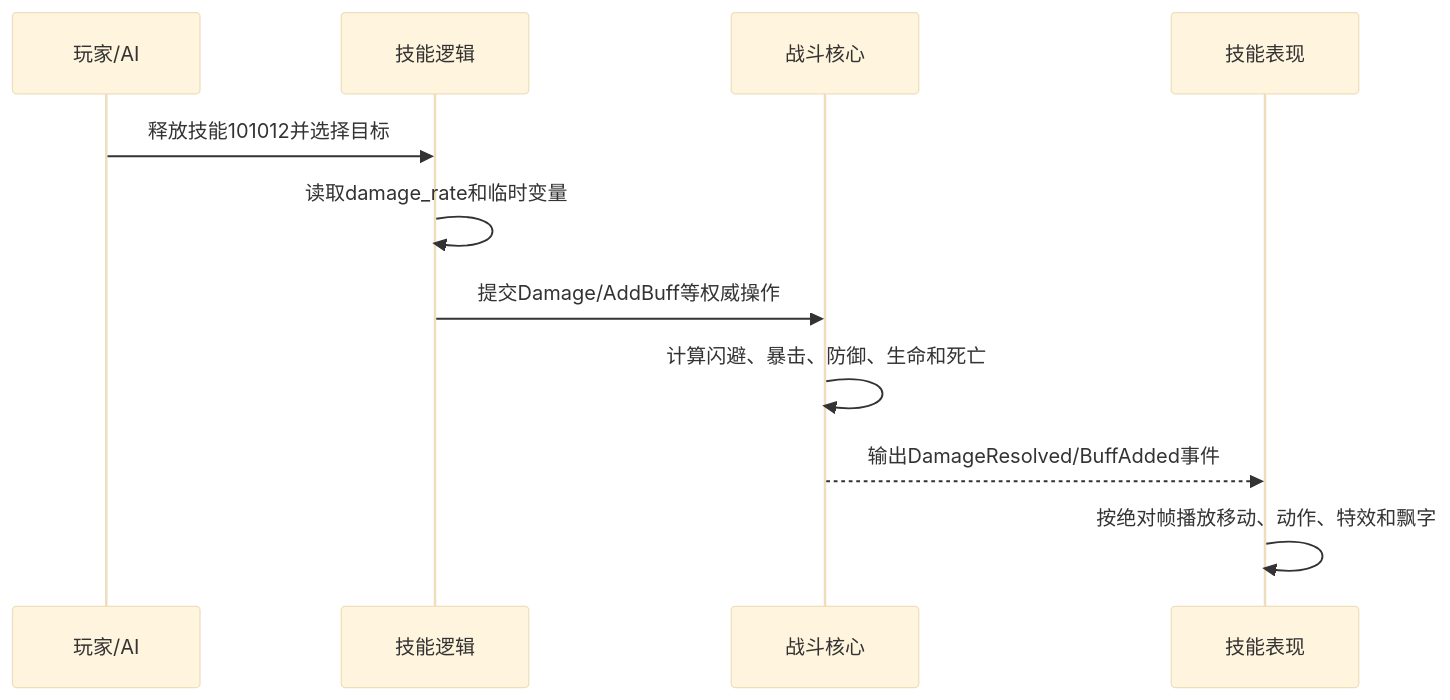
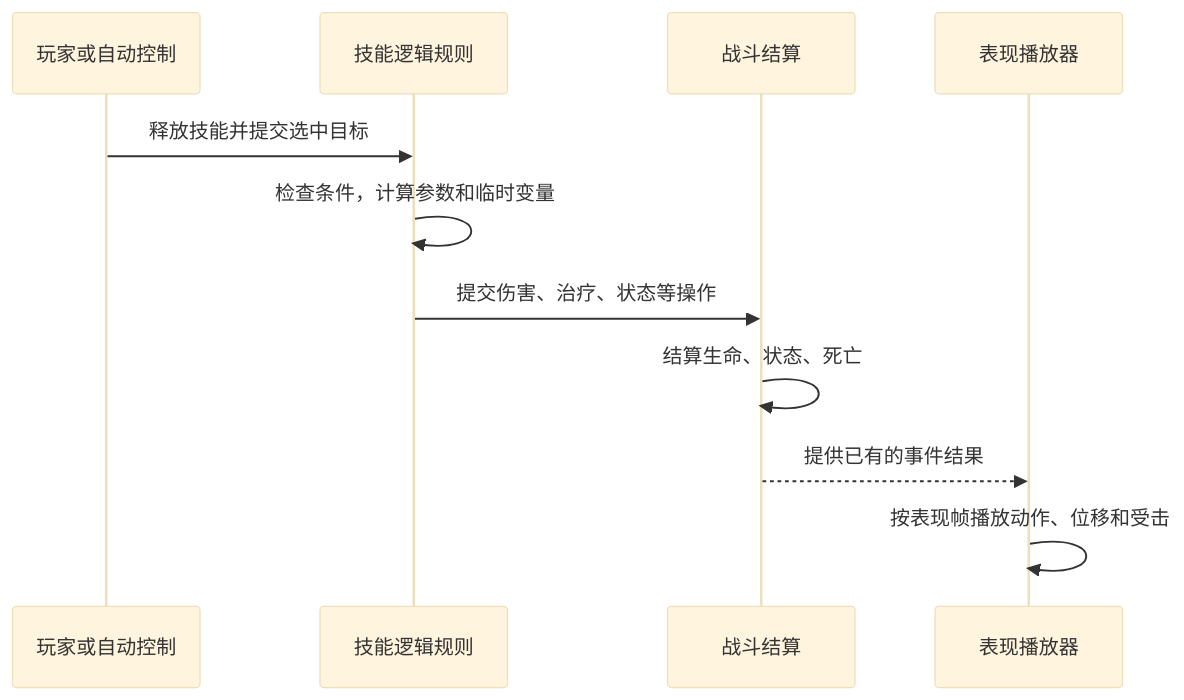
The tenth of 13 diagrams in Packages/LxyGame/LxyGame.Logic/Documentation~/TurnBasedSkillAuthoringGuide.md (liuxiuyang0926-bit/LxyProject), drawn with Mermaid (base theme) before and after one commit. The commit also changed other lines of this file and 45 other files, not shown here.

````diff
--- a/Packages/LxyGame/LxyGame.Logic/Documentation~/TurnBasedSkillAuthoringGuide.md
+++ b/Packages/LxyGame/LxyGame.Logic/Documentation~/TurnBasedSkillAuthoringGuide.md
@@ -751,13 +902,13 @@
-```mermaid
+~~~mermaid
 sequenceDiagram
-    participant P as 玩家/AI
-    participant L as 技能逻辑
-    participant B as 战斗核心
-    participant E as 技能表现
-    P->>L: 释放技能101012并选择目标
-    L->>L: 读取damage_rate和临时变量
-    L->>B: 提交Damage/AddBuff等权威操作
-    B->>B: 计算闪避、暴击、防御、生命和死亡
-    B-->>E: 输出DamageResolved/BuffAdded事件
-    E->>E: 按绝对帧播放移动、动作、特效和飘字
-```
+    participant P as 玩家或自动控制
+    participant L as 技能逻辑规则
+    participant B as 战斗结算
+    participant V as 表现播放器
+    P->>L: 释放技能并提交选中目标
+    L->>L: 检查条件，计算参数和临时变量
+    L->>B: 提交伤害、治疗、状态等操作
+    B->>B: 结算生命、状态、死亡
+    B-->>V: 提供已有的事件结果
+    V->>V: 按表现帧播放动作、位移和受击
+~~~
````
